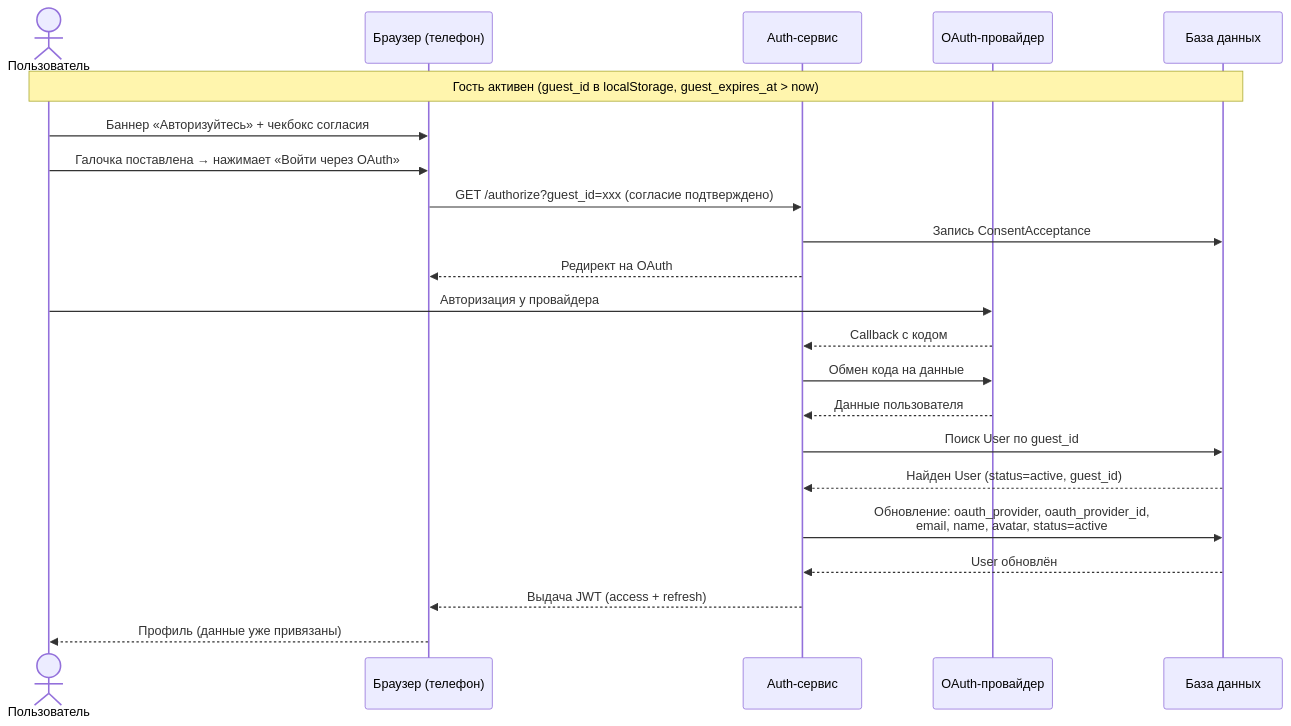
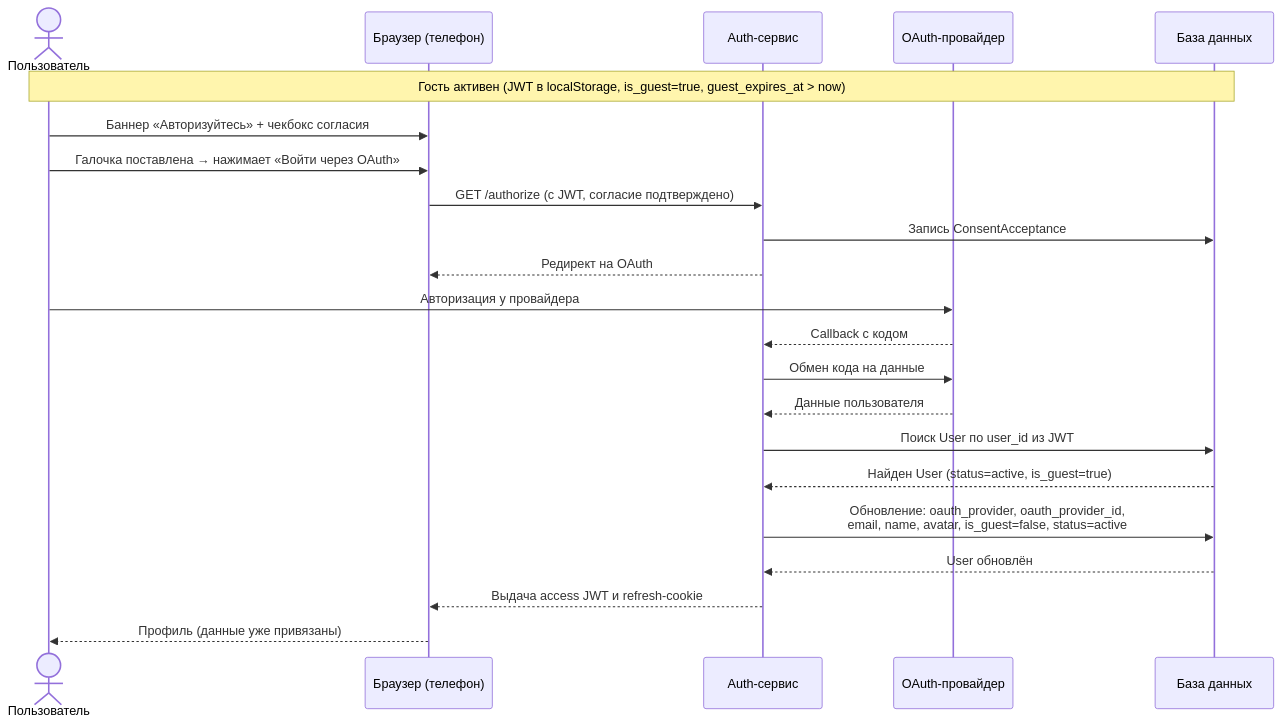
One commit to atlassys-smm/RZN changed the fifth of 6 diagrams in docs/concept/registration-profile.md. Above: the diagram before and after it, drawn with Mermaid. The commit also changed other lines of this file and 23 other files, not shown here.

````diff
--- a/docs/concept/registration-profile.md
+++ b/docs/concept/registration-profile.md
@@ -142,29 +142,29 @@
 ```mermaid
 sequenceDiagram
     actor User as Пользователь
     participant Browser as Браузер (телефон)
     participant Auth as Auth-сервис
     participant OAuth as OAuth-провайдер
     participant DB as База данных
 
-    Note over User,DB: Гость активен (guest_id в localStorage, guest_expires_at > now)
+    Note over User,DB: Гость активен (JWT в localStorage, is_guest=true, guest_expires_at > now)
 
     User->>Browser: Баннер «Авторизуйтесь» + чекбокс согласия
     User->>Browser: Галочка поставлена → нажимает «Войти через OAuth»
-    Browser->>Auth: GET /authorize?guest_id=xxx (согласие подтверждено)
+    Browser->>Auth: GET /authorize (с JWT, согласие подтверждено)
     Auth->>DB: Запись ConsentAcceptance
     Auth-->>Browser: Редирект на OAuth
     User->>OAuth: Авторизация у провайдера
     OAuth-->>Auth: Callback с кодом
     Auth->>OAuth: Обмен кода на данные
     OAuth-->>Auth: Данные пользователя
 
-    Auth->>DB: Поиск User по guest_id
-    DB-->>Auth: Найден User (status=active, guest_id)
+    Auth->>DB: Поиск User по user_id из JWT
+    DB-->>Auth: Найден User (status=active, is_guest=true)
 
-    Auth->>DB: Обновление: oauth_provider, oauth_provider_id,<br/>email, name, avatar, status=active
+    Auth->>DB: Обновление: oauth_provider, oauth_provider_id,<br/>email, name, avatar, is_guest=false, status=active
     DB-->>Auth: User обновлён
 
-    Auth-->>Browser: Выдача JWT (access + refresh)
+    Auth-->>Browser: Выдача access JWT и refresh-cookie
     Browser-->>User: Профиль (данные уже привязаны)
 ```
````
